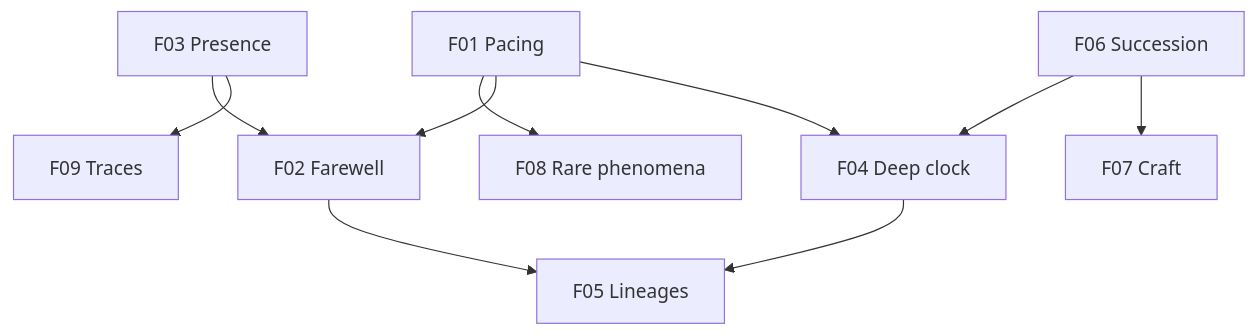
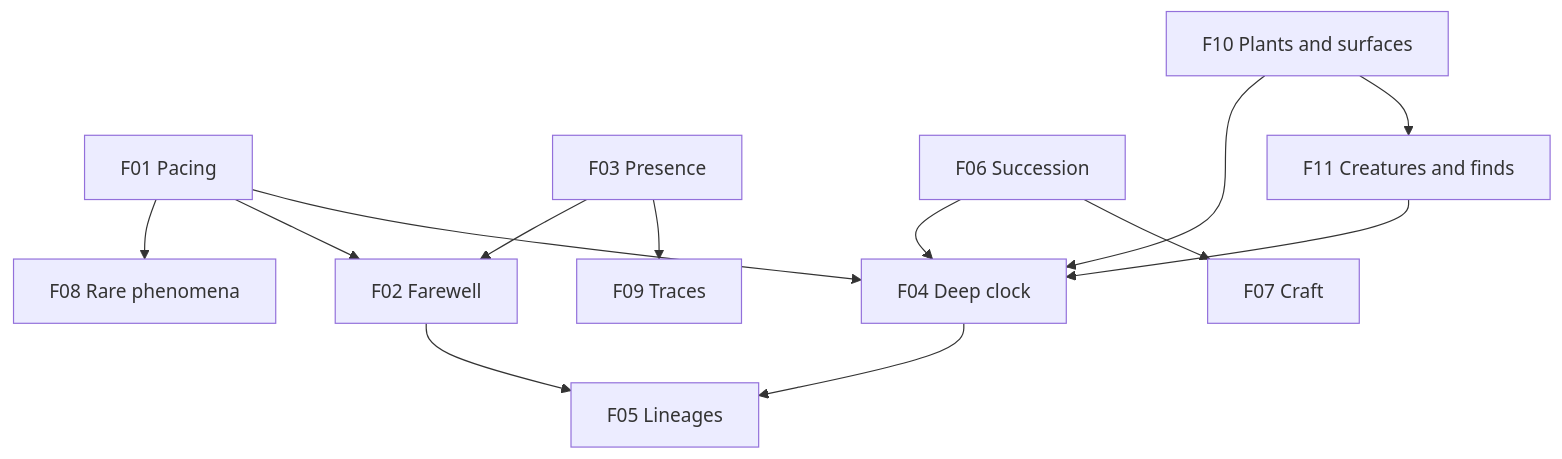
Before and after one commit to mshomper/ebb: the diagram in docs/future/README.md, drawn with Mermaid. The commit also changed other lines of this file and 2 other files, not shown here.

First line of the commit message:
Future ideas: plants, surfaces and placed pieces; creature roadmap and finds

````diff
--- a/docs/future/README.md
+++ b/docs/future/README.md
@@ -28,12 +30,15 @@
 ```mermaid
 flowchart TB
   F01[F01 Pacing] --> F04[F04 Deep clock]
   F01 --> F02[F02 Farewell]
   F01 --> F08[F08 Rare phenomena]
   F04 --> F05[F05 Lineages]
   F02 --> F05
   F03[F03 Presence] --> F09[F09 Traces]
   F03 --> F02
   F06[F06 Succession] --> F07[F07 Craft]
   F06 --> F04
+  F10[F10 Plants and surfaces] --> F11[F11 Creatures and finds]
+  F10 --> F04
+  F11 --> F04
 ```
````
